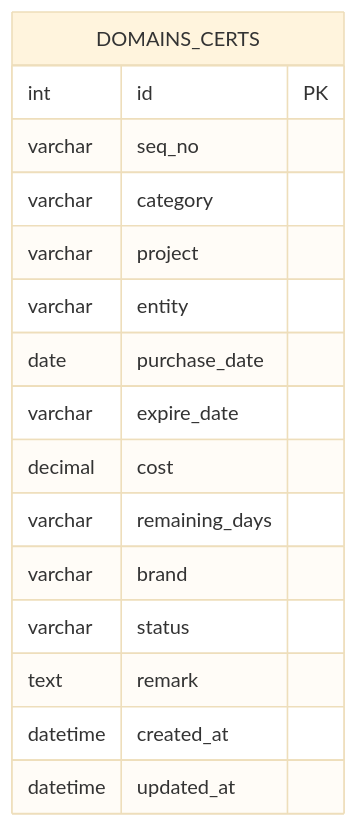
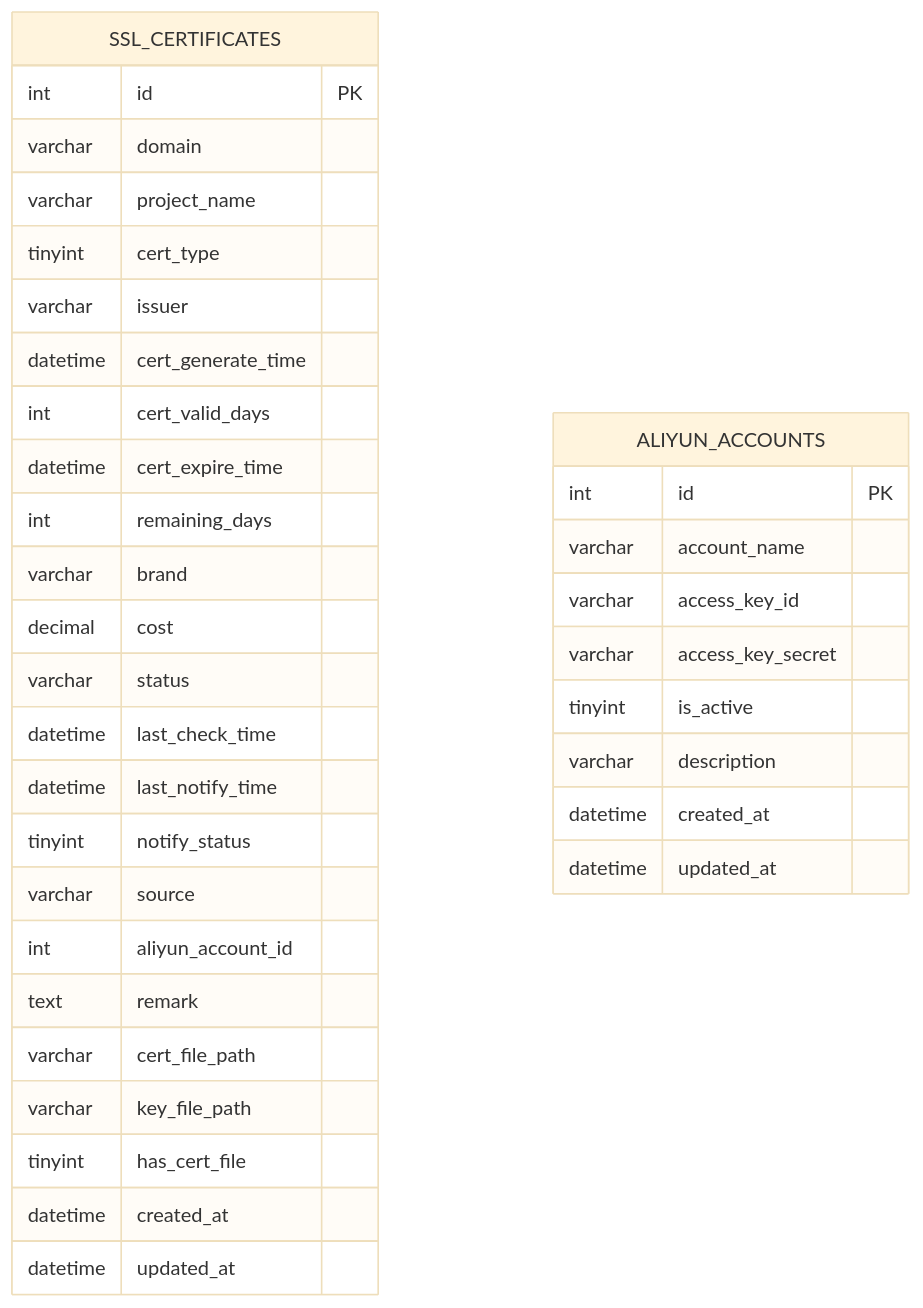
Before and after one commit to ismine3/OPS: the third of 12 diagrams in .qoder/repowiki/zh/content/核心功能模块/证书管理模块.md, drawn with Mermaid (base theme). The commit also changed other lines of this file and 8 other files, not shown here.

````diff
--- a/.qoder/repowiki/zh/content/核心功能模块/证书管理模块.md
+++ b/.qoder/repowiki/zh/content/核心功能模块/证书管理模块.md
@@ -140,19 +155,38 @@
 ```mermaid
 erDiagram
-DOMAINS_CERTS {
+SSL_CERTIFICATES {
 int id PK
-varchar seq_no
-varchar category
-varchar project
-varchar entity
-date purchase_date
-varchar expire_date
+varchar domain
+varchar project_name
+tinyint cert_type
+varchar issuer
+datetime cert_generate_time
+int cert_valid_days
+datetime cert_expire_time
+int remaining_days
+varchar brand
 decimal cost
-varchar remaining_days
-varchar brand
 varchar status
+datetime last_check_time
+datetime last_notify_time
+tinyint notify_status
+varchar source
+int aliyun_account_id
 text remark
+varchar cert_file_path
+varchar key_file_path
+tinyint has_cert_file
+datetime created_at
+datetime updated_at
+}
+ALIYUN_ACCOUNTS {
+int id PK
+varchar account_name
+varchar access_key_id
+varchar access_key_secret
+tinyint is_active
+varchar description
 datetime created_at
 datetime updated_at
 }
 ```
````
